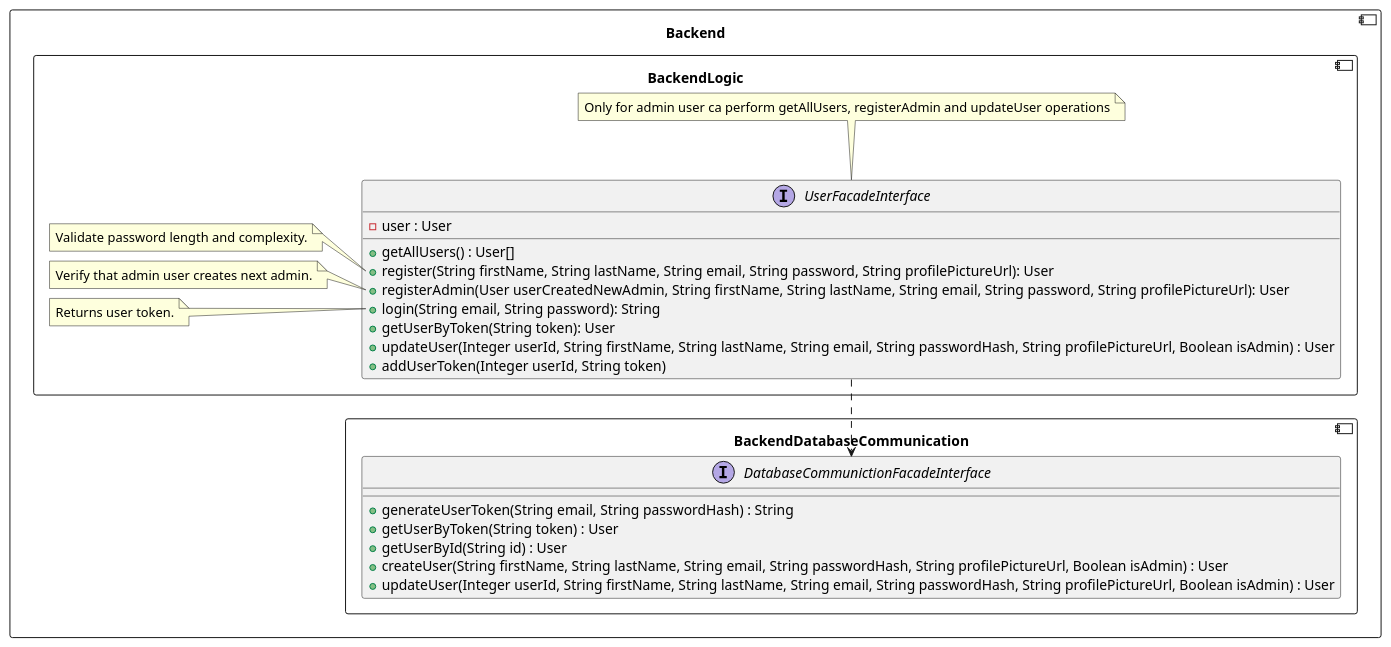
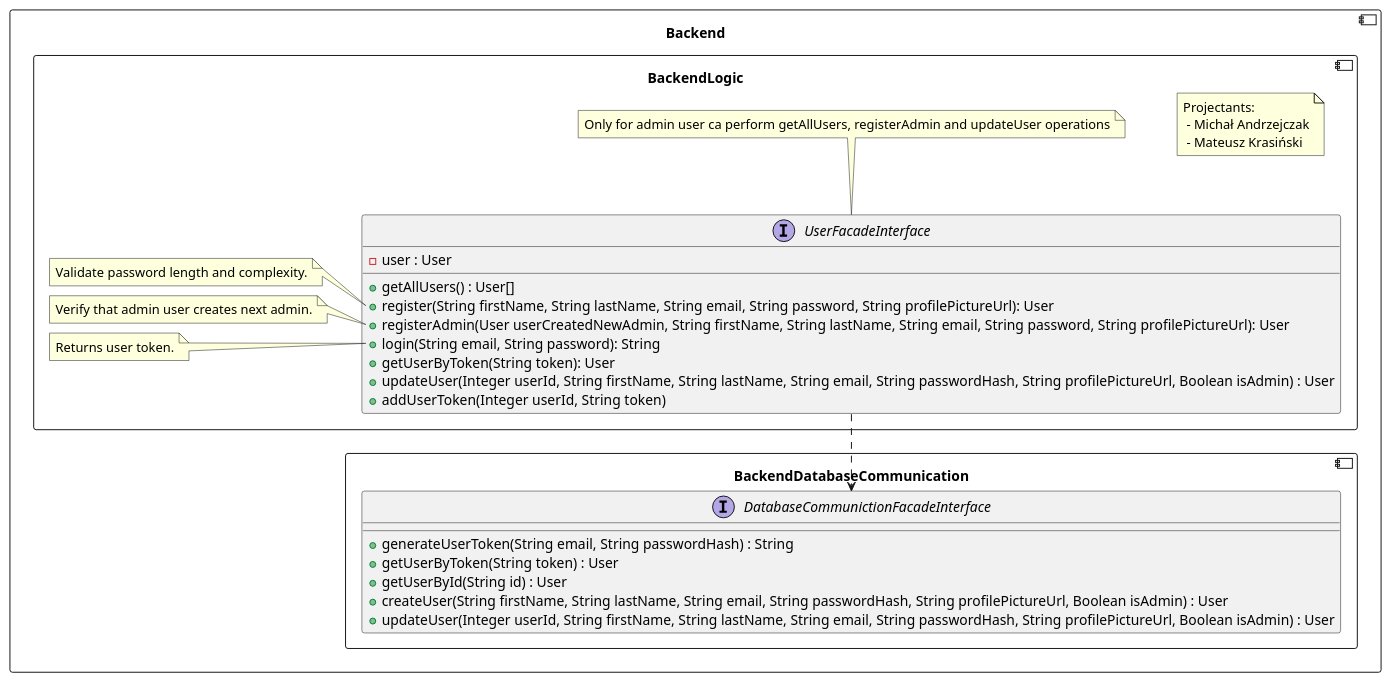
One commit to RadekBucki/OpinionCollectorArchitecture changed the second of 5 diagrams in backend/BackendLogic.md. Above: the diagram before and after it, drawn with PlantUML. The commit also changed other lines of this file and 1 other file, not shown here.

Commit message:
Add authors

````diff
--- a/backend/BackendLogic.md
+++ b/backend/BackendLogic.md
@@ -27,46 +27,52 @@
 ```plantuml
 @startuml
 component Backend {
     component BackendDatabaseCommunication {
         interface DatabaseCommunictionFacadeInterface {
             + generateUserToken(String email, String passwordHash) : String
             + getUserByToken(String token) : User
             + getUserById(String id) : User
             + createUser(String firstName, String lastName, String email, String passwordHash, String profilePictureUrl, Boolean isAdmin) : User
             + updateUser(Integer userId, String firstName, String lastName, String email, String passwordHash, String profilePictureUrl, Boolean isAdmin) : User
         }
     }
     
     component BackendLogic {
+        note as Authors
+            Projectants: 
+             - Michał Andrzejczak
+             - Mateusz Krasiński
+        endnote
+        
         UserFacadeInterface  ..> DatabaseCommunictionFacadeInterface
         
         interface UserFacadeInterface {
             - user : User
             + getAllUsers() : User[]
             + register(String firstName, String lastName, String email, String password, String profilePictureUrl): User
             + registerAdmin(User userCreatedNewAdmin, String firstName, String lastName, String email, String password, String profilePictureUrl): User
             + login(String email, String password): String
             + getUserByToken(String token): User
             + updateUser(Integer userId, String firstName, String lastName, String email, String passwordHash, String profilePictureUrl, Boolean isAdmin) : User
             + addUserToken(Integer userId, String token)
         }
     
         note top of UserFacadeInterface
             Only for admin user ca perform getAllUsers, registerAdmin and updateUser operations
         endnote
     
         note left of UserFacadeInterface::register
             Validate password length and complexity.
         endnote
     
         note left of UserFacadeInterface::registerAdmin
             Verify that admin user creates next admin.
         endnote
     
         note left of UserFacadeInterface::login
             Returns user token.
         endnote
     }
 }
 @enduml 
 ```
````
